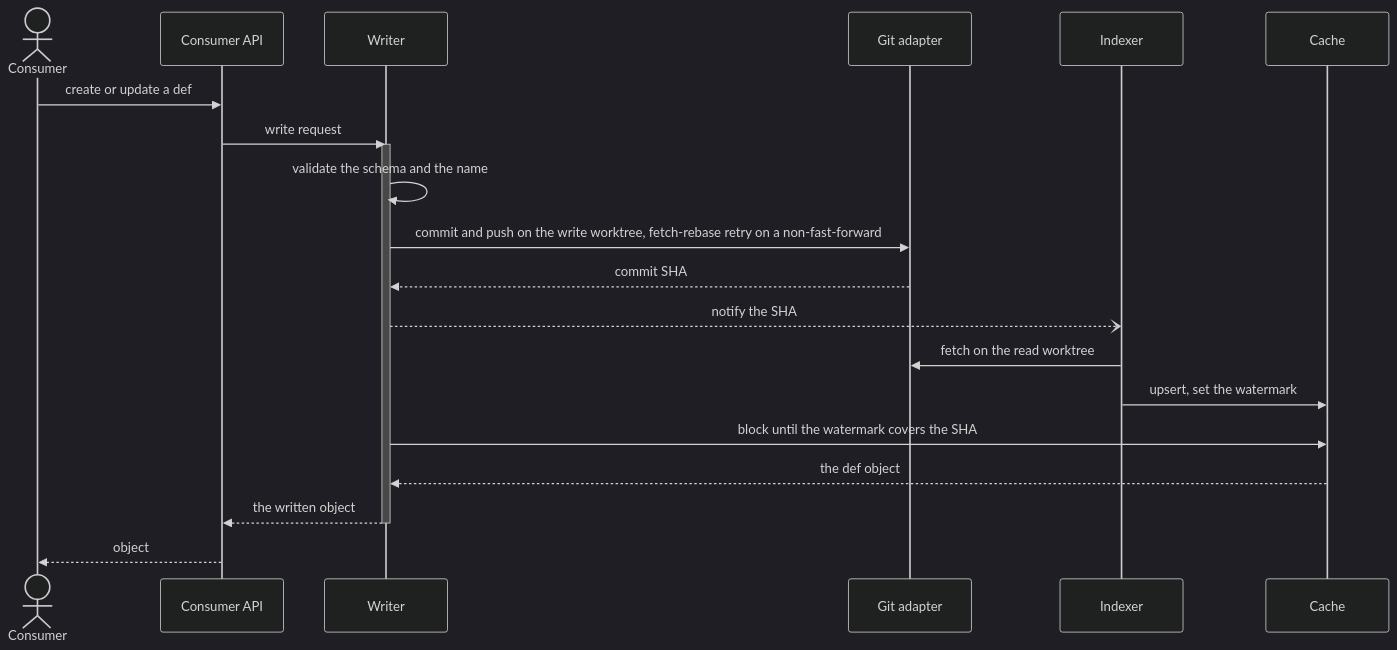
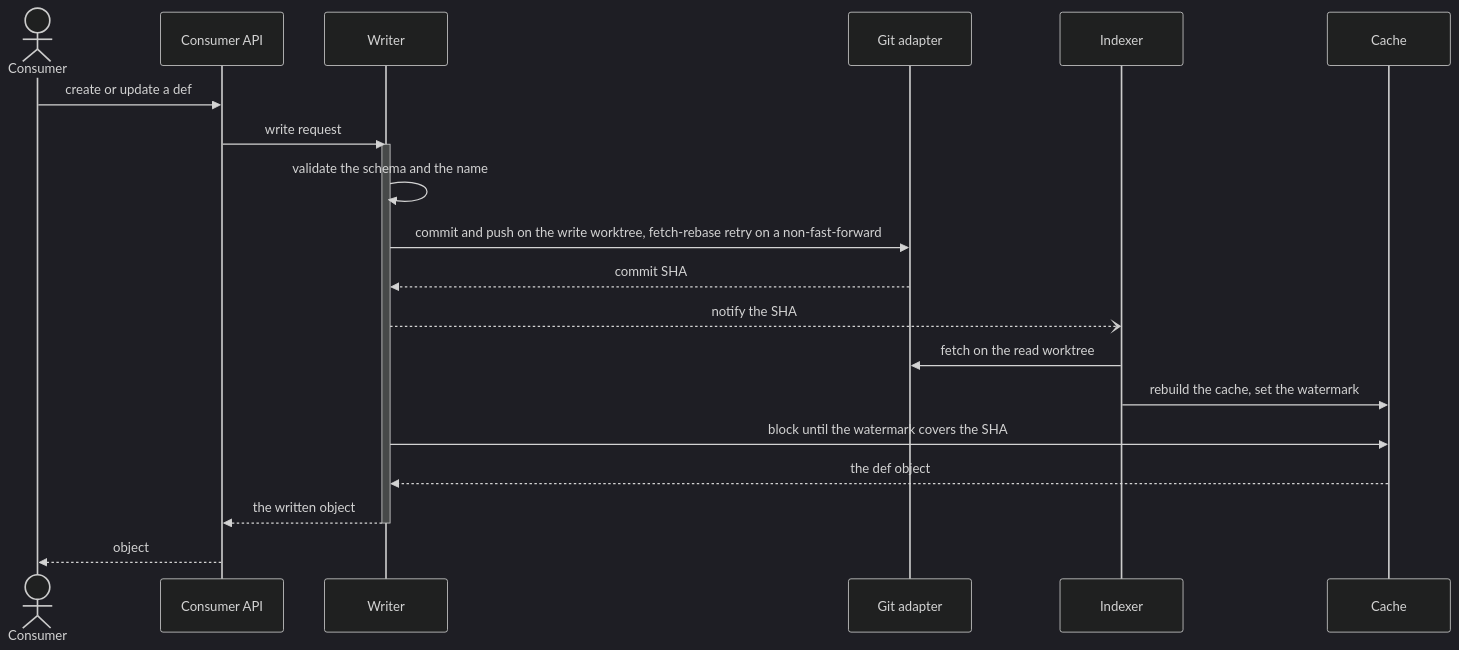
The fifth of 5 diagrams in docs/analysis/app-reg-def-service/design/architecture.md (Netcracker/qubership-envgene), drawn with Mermaid (dark theme) before and after one commit. The commit also changed other lines of this file and 1 other file, not shown here.

````diff
--- a/docs/analysis/app-reg-def-service/design/architecture.md
+++ b/docs/analysis/app-reg-def-service/design/architecture.md
@@ -109,23 +111,23 @@
 ```mermaid
 sequenceDiagram
   actor C as Consumer
   participant API as Consumer API
   participant W as Writer
   participant GA as Git adapter
   participant IX as Indexer
   participant Cache
   C->>API: create or update a def
   API->>W: write request
   activate W
   W->>W: validate the schema and the name
   W->>GA: commit and push on the write worktree, fetch-rebase retry on a non-fast-forward
   GA-->>W: commit SHA
   W--)IX: notify the SHA
   IX->>GA: fetch on the read worktree
-  IX->>Cache: upsert, set the watermark
+  IX->>Cache: rebuild the cache, set the watermark
   W->>Cache: block until the watermark covers the SHA
   Cache-->>W: the def object
   W-->>API: the written object
   deactivate W
   API-->>C: object
 ```
````
